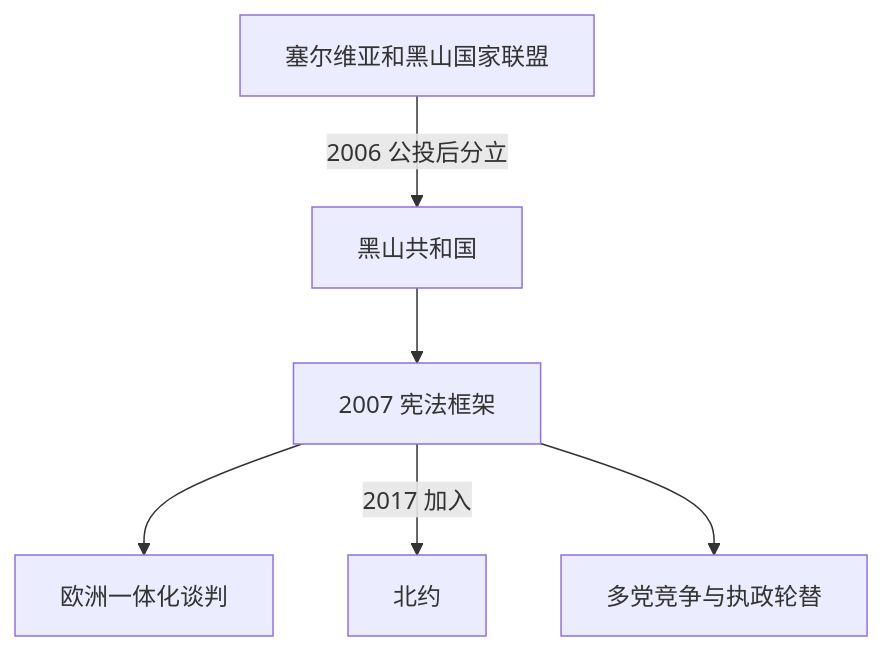
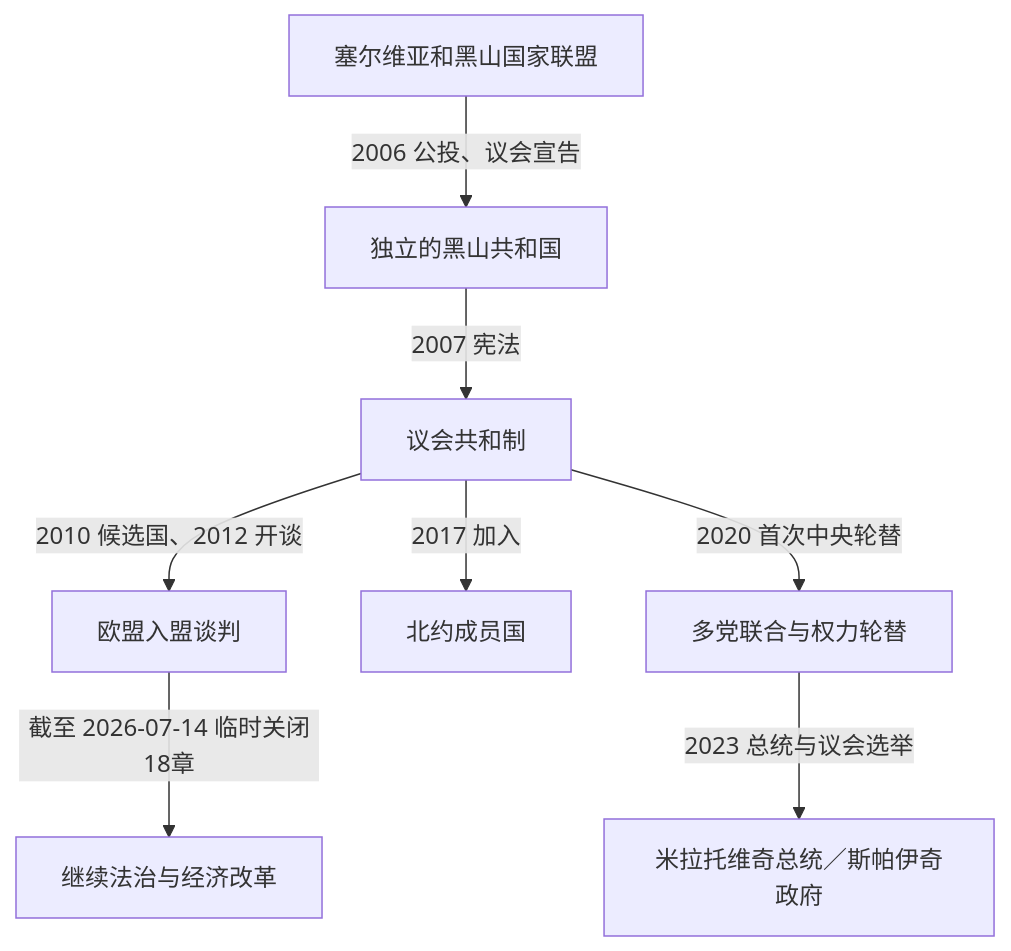
The diagram in 人文科学/历史/欧洲/东南欧与巴尔干/黑山/独立后的黑山.md (tianlan-dev/learning-notes), drawn with Mermaid before and after one commit. The commit also changed other lines of this file and 1417 other files, not shown here.

````diff
--- a/人文科学/历史/欧洲/东南欧与巴尔干/黑山/独立后的黑山.md
+++ b/人文科学/历史/欧洲/东南欧与巴尔干/黑山/独立后的黑山.md
@@ -42,8 +107,10 @@
 ```mermaid
 flowchart TD
-    StateUnion["塞尔维亚和黑山国家联盟"] -->|"2006 公投后分立"| Republic["黑山共和国"]
-    Republic --> Constitution["2007 宪法框架"]
-    Constitution --> EUNegotiations["欧洲一体化谈判"]
-    Constitution -->|"2017 加入"| NATO["北约"]
-    Constitution --> PoliticalChange["多党竞争与执政轮替"]
+    StateUnion["塞尔维亚和黑山国家联盟"] -->|"2006 公投、议会宣告"| Republic["独立的黑山共和国"]
+    Republic -->|"2007 宪法"| ConstitutionalState["议会共和制"]
+    ConstitutionalState -->|"2010 候选国、2012 开谈"| EUPath["欧盟入盟谈判"]
+    ConstitutionalState -->|"2017 加入"| NATO["北约成员国"]
+    ConstitutionalState -->|"2020 首次中央轮替"| Alternation["多党联合与权力轮替"]
+    Alternation -->|"2023 总统与议会选举"| NewAlignment["米拉托维奇总统／斯帕伊奇政府"]
+    EUPath -->|"截至 2026-07-14 临时关闭18章"| AccessionWork["继续法治与经济改革"]
 ```
````
